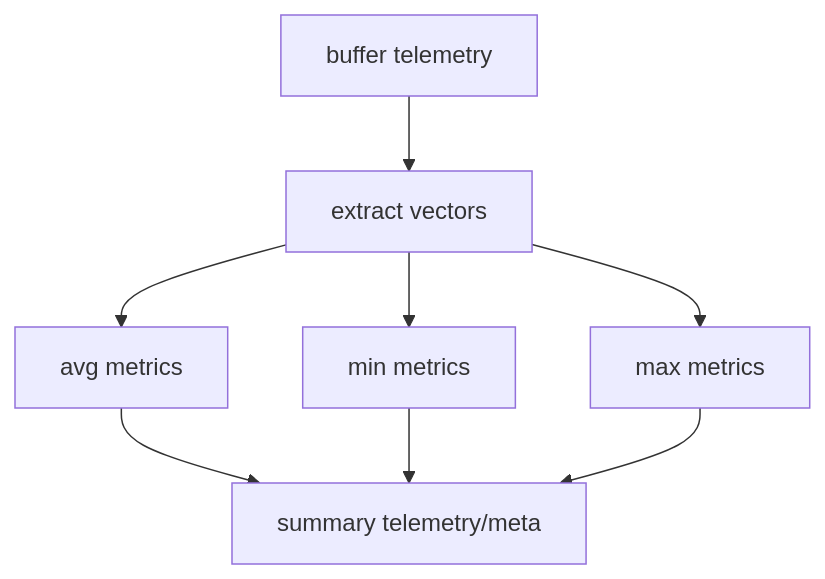
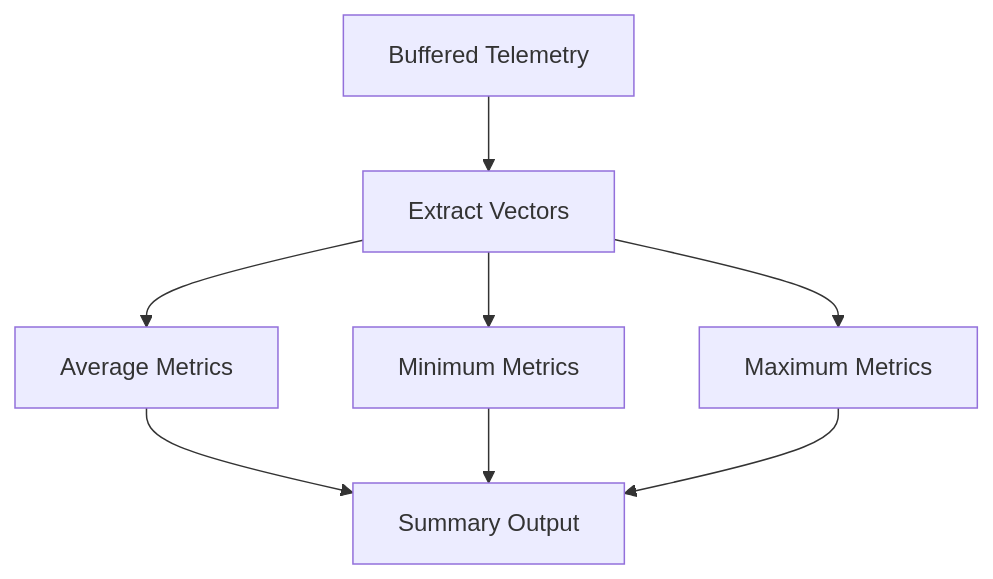
Diagram 15 of 33 in readme.md (smshagor-dev/Next-Gen-Blockchain-for-Vehicle-Security), drawn with Mermaid before and after one commit. The commit also changed other lines of this file and 5 other files, not shown here.

````diff
--- a/readme.md
+++ b/readme.md
@@ -586,10 +590,10 @@
 ```mermaid
 flowchart TD
-    A[buffer telemetry] --> B[extract vectors]
-    B --> C[avg metrics]
-    B --> D[min metrics]
-    B --> E[max metrics]
-    C --> F[summary telemetry/meta]
+    A[Buffered Telemetry] --> B[Extract Vectors]
+    B --> C[Average Metrics]
+    B --> D[Minimum Metrics]
+    B --> E[Maximum Metrics]
+    C --> F[Summary Output]
     D --> F
     E --> F
 ```
````
